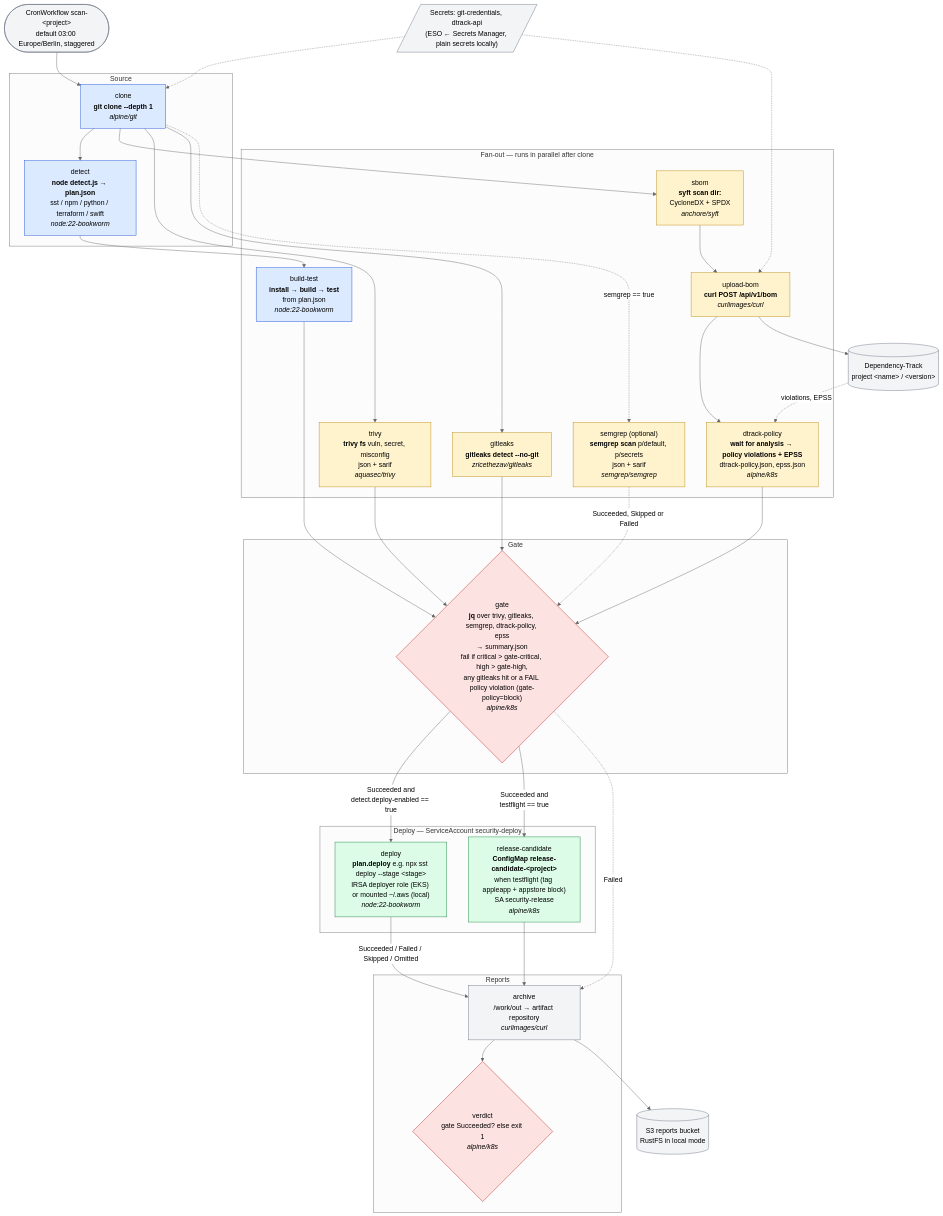
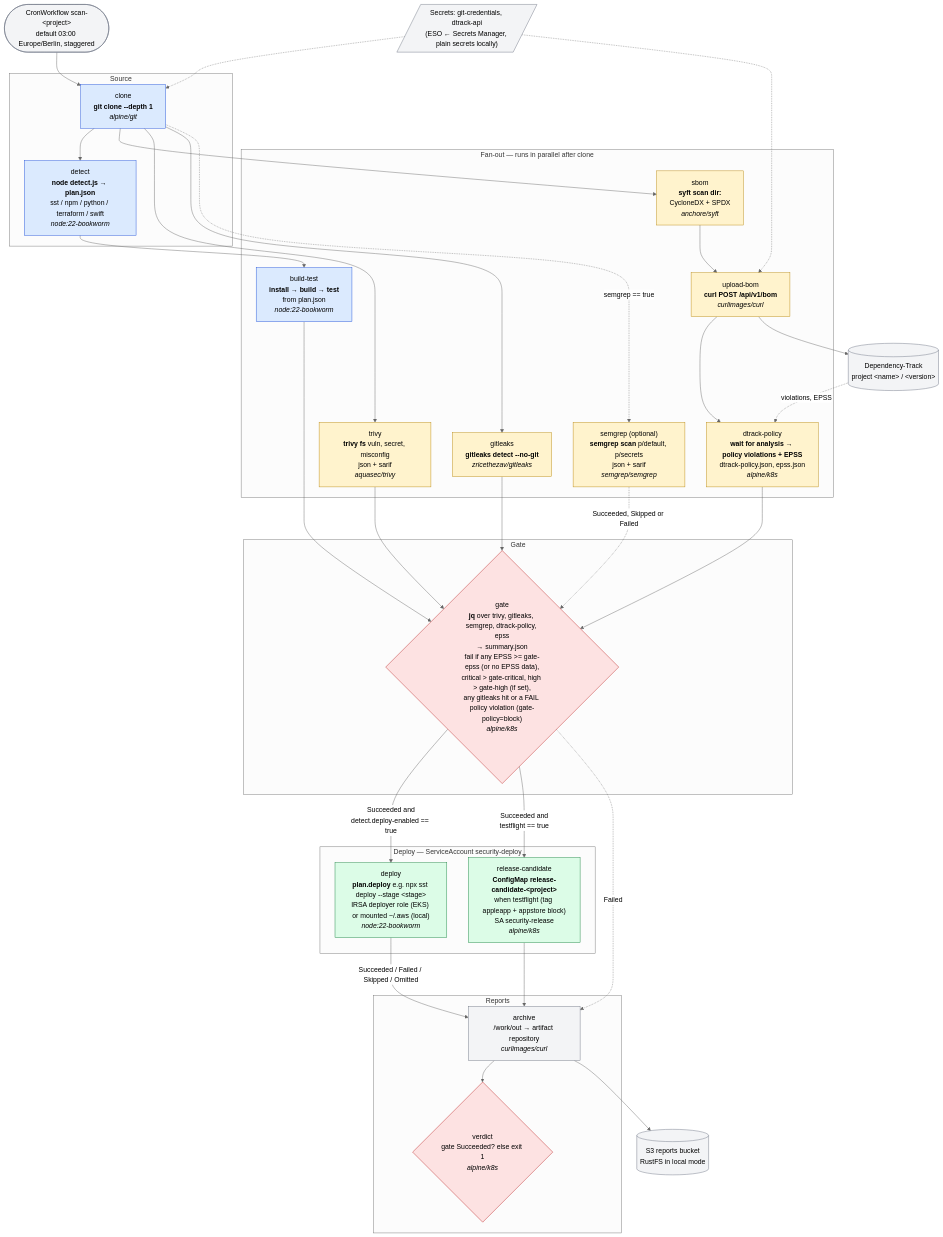
Before and after one commit to afitterling/security-pipeline: the first of 4 diagrams in docs/workflow.md, drawn with Mermaid (neutral theme). The commit also changed 6 other files, not shown here.

First line of the commit message:
gate: block on EPSS >= 0.1 instead of the HIGH count

````diff
--- a/docs/workflow.md
+++ b/docs/workflow.md
@@ -10,73 +10,73 @@
 ```mermaid
 flowchart TD
     cron([CronWorkflow scan-&lt;project&gt;<br/>default 03:00 Europe/Berlin, staggered]) --> clone
 
     subgraph source["Source"]
         clone["clone<br/><b>git clone --depth 1</b><br/><i>alpine/git</i>"]
         detect["detect<br/><b>node detect.js → plan.json</b><br/>sst / npm / python / terraform / swift<br/><i>node:22-bookworm</i>"]
     end
 
     subgraph parallel["Fan-out — runs in parallel after clone"]
         build["build-test<br/><b>install → build → test</b><br/>from plan.json<br/><i>node:22-bookworm</i>"]
         sbom["sbom<br/><b>syft scan dir:</b><br/>CycloneDX + SPDX<br/><i>anchore/syft</i>"]
         upload["upload-bom<br/><b>curl POST /api/v1/bom</b><br/><i>curlimages/curl</i>"]
         dpol["dtrack-policy<br/><b>wait for analysis → policy violations + EPSS</b><br/>dtrack-policy.json, epss.json<br/><i>alpine/k8s</i>"]
         trivy["trivy<br/><b>trivy fs</b> vuln, secret, misconfig<br/>json + sarif<br/><i>aquasec/trivy</i>"]
         gitleaks["gitleaks<br/><b>gitleaks detect --no-git</b><br/><i>zricethezav/gitleaks</i>"]
         semgrep["semgrep (optional)<br/><b>semgrep scan</b> p/default, p/secrets<br/>json + sarif<br/><i>semgrep/semgrep</i>"]
     end
 
     subgraph gatebox["Gate"]
-        gate{"gate<br/><b>jq</b> over trivy, gitleaks, semgrep, dtrack-policy, epss<br/>→ summary.json<br/>fail if critical &gt; gate-critical, high &gt; gate-high,<br/>any gitleaks hit or a FAIL policy violation (gate-policy=block)<br/><i>alpine/k8s</i>"}
+        gate{"gate<br/><b>jq</b> over trivy, gitleaks, semgrep, dtrack-policy, epss<br/>→ summary.json<br/>fail if any EPSS &gt;= gate-epss (or no EPSS data),<br/>critical &gt; gate-critical, high &gt; gate-high (if set),<br/>any gitleaks hit or a FAIL policy violation (gate-policy=block)<br/><i>alpine/k8s</i>"}
     end
 
     subgraph deploybox["Deploy — ServiceAccount security-deploy"]
         rc["release-candidate<br/><b>ConfigMap release-candidate-&lt;project&gt;</b><br/>when testflight (tag appleapp + appstore block)<br/>SA security-release<br/><i>alpine/k8s</i>"]
         deploy["deploy<br/><b>plan.deploy</b> e.g. npx sst deploy --stage &lt;stage&gt;<br/>IRSA deployer role (EKS) or mounted ~/.aws (local)<br/><i>node:22-bookworm</i>"]
     end
 
     subgraph finish["Reports"]
         archive["archive<br/>/work/out → artifact repository<br/><i>curlimages/curl</i>"]
         verdict{"verdict<br/>gate Succeeded? else exit 1<br/><i>alpine/k8s</i>"}
     end
 
     clone --> detect --> build
     clone --> sbom --> upload --> dpol
     clone --> trivy
     clone --> gitleaks
     clone -. "semgrep == true" .-> semgrep
 
     build --> gate
     dpol --> gate
     trivy --> gate
     gitleaks --> gate
     semgrep -. "Succeeded, Skipped or Failed" .-> gate
 
     gate -- "Succeeded and<br/>detect.deploy-enabled == true" --> deploy
     gate -- "Succeeded and<br/>testflight == true" --> rc
     rc --> archive
     gate -. "Failed" .-> archive
     deploy -- "Succeeded / Failed / Skipped / Omitted" --> archive
     archive --> verdict
 
     dtrack[(Dependency-Track<br/>project &lt;name&gt; / &lt;version&gt;)]
     s3[(S3 reports bucket<br/>RustFS in local mode)]
     secrets[/"Secrets: git-credentials, dtrack-api<br/>(ESO ← Secrets Manager, plain secrets locally)"/]
 
     upload --> dtrack
     dtrack -. "violations, EPSS" .-> dpol
     archive --> s3
     secrets -.-> clone
     secrets -.-> upload
 
     classDef scan fill:#fff3cd,stroke:#b8860b,color:#000
     classDef build fill:#dbeafe,stroke:#1d4ed8,color:#000
     classDef gate fill:#fde2e2,stroke:#b91c1c,color:#000
     classDef deploy fill:#dcfce7,stroke:#15803d,color:#000
     classDef ext fill:#f3f4f6,stroke:#6b7280,color:#000
     class sbom,trivy,gitleaks,semgrep,upload,dpol scan
     class clone,detect,build build
     class gate,verdict gate
     class deploy,rc deploy
     class archive,dtrack,s3,secrets,cron ext
 ```
````
